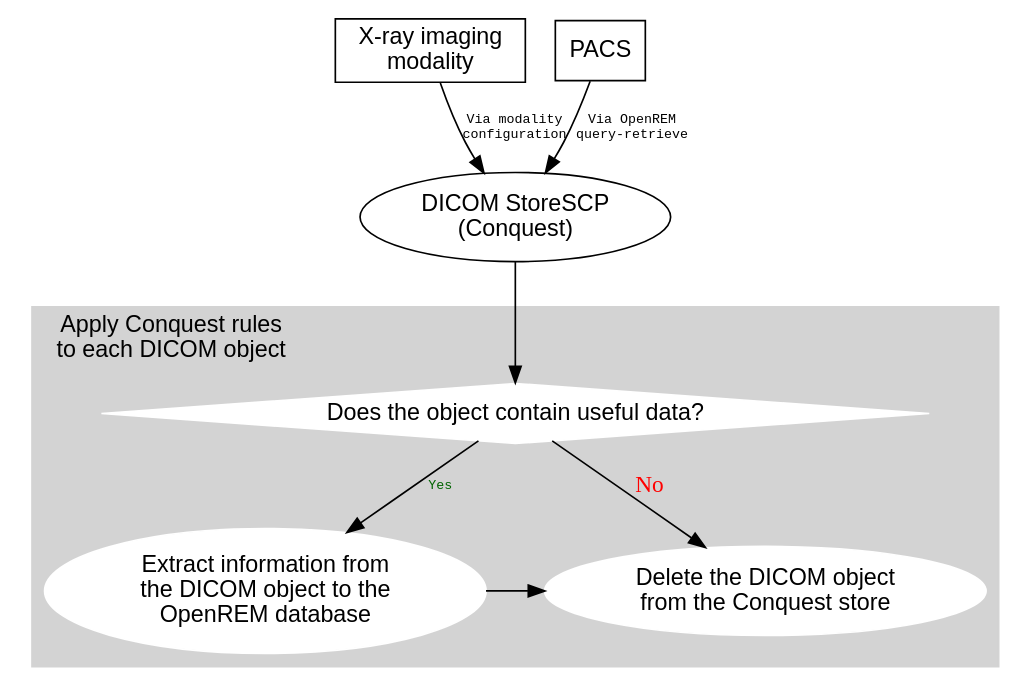
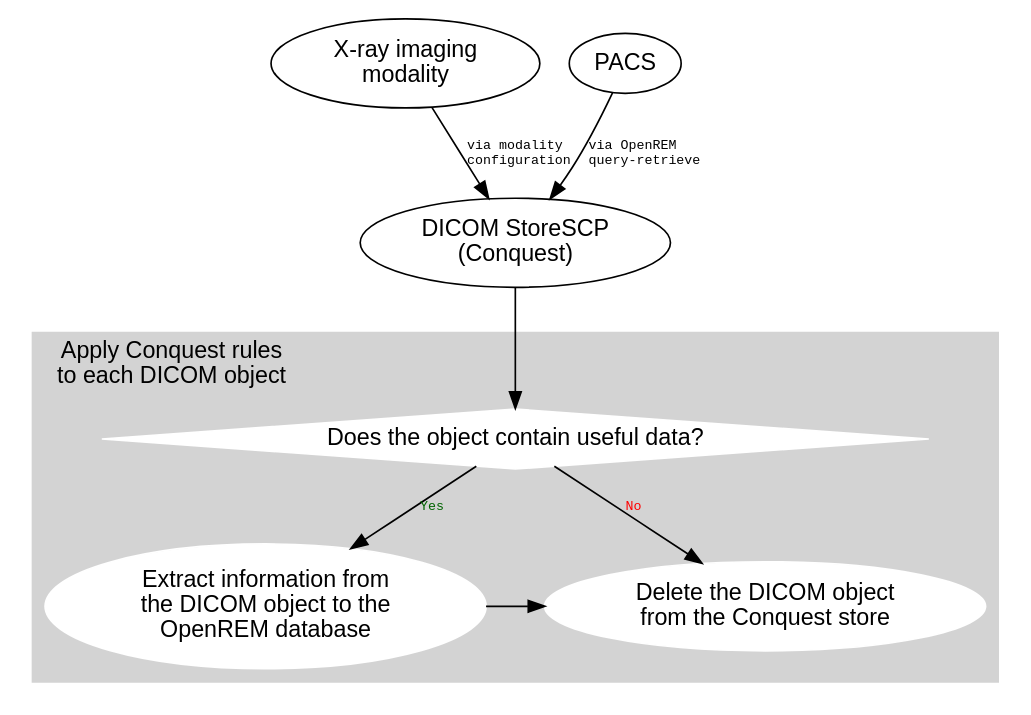
Before and after one commit to ckswilliams/modOpenREM: the second of 2 diagrams in docs/testgraphviz.rst, drawn with Graphviz.

Commit message:
Adjusting style of second diagram. References issue #448

```diff
--- a/docs/testgraphviz.rst
+++ b/docs/testgraphviz.rst
@@ -56,31 +56,31 @@
 .. graphviz::
 
    digraph {
 
       subgraph cluster_rules {
          label = "Apply Conquest rules\nto each DICOM object";
          node [style=filled,color=white];
          style=filled;
          color=lightgrey;
          labelloc=t;
          labeljust=l;
          fontname="Helvetica"
 
          conquest_script -> populate_database [label="Yes", fontcolor=darkgreen, fontsize=8, fontname="Courier"];
          populate_database -> delete_object;
-         conquest_script -> delete_object [label="No", fontcolor=red, fontsize=8, fontsize="Courier"];
+         conquest_script -> delete_object [label="No", fontcolor=red, fontsize=8, fontname="Courier"];
 
          {rank=same; populate_database, delete_object};
       }
 
-      modality -> conquest [label="Via modality\nconfiguration", fontsize=8, fontname="Courier"];
-      pacs -> conquest [label="Via OpenREM\nquery-retrieve", fontsize=8, fontname="Courier"];
+      modality -> conquest [label="via modality\lconfiguration\l", fontsize=8, fontname="Courier"];
+      pacs -> conquest [label="via OpenREM\lquery-retrieve\l", fontsize=8, fontname="Courier"];
       conquest -> conquest_script;
 
-      modality [shape=box, label="X-ray imaging\nmodality", fontname="Helvetica", tooltip="Data send from an x-ray imaging modality"];
-      pacs [shape=box, label="PACS", fontname="Helvetica", tooltip="A Picture Archiving and Communication System"];
+      modality [label="X-ray imaging\nmodality", fontname="Helvetica", tooltip="Data send from an x-ray imaging modality"];
+      pacs [label="PACS", fontname="Helvetica", tooltip="A Picture Archiving and Communication System"];
       conquest [label="DICOM StoreSCP\n(Conquest)", fontname="Helvetica", tooltip="Conquest, acting as a DICOM storage SCP"];
       conquest_script [shape=diamond, label="Does the object contain useful data?", fontname="Helvetica", tooltip="Process the rules in dicom.ini"];
       populate_database [label="Extract information from\nthe DICOM object to the\nOpenREM database", fontname="Helvetica", tooltip="Extract data using OpenREM's python scripts"];
       delete_object [label="Delete the DICOM object\nfrom the Conquest store", fontname="Helvetica", tooltip="Delete the DICOM object from the local store SCP"];
    }
```
